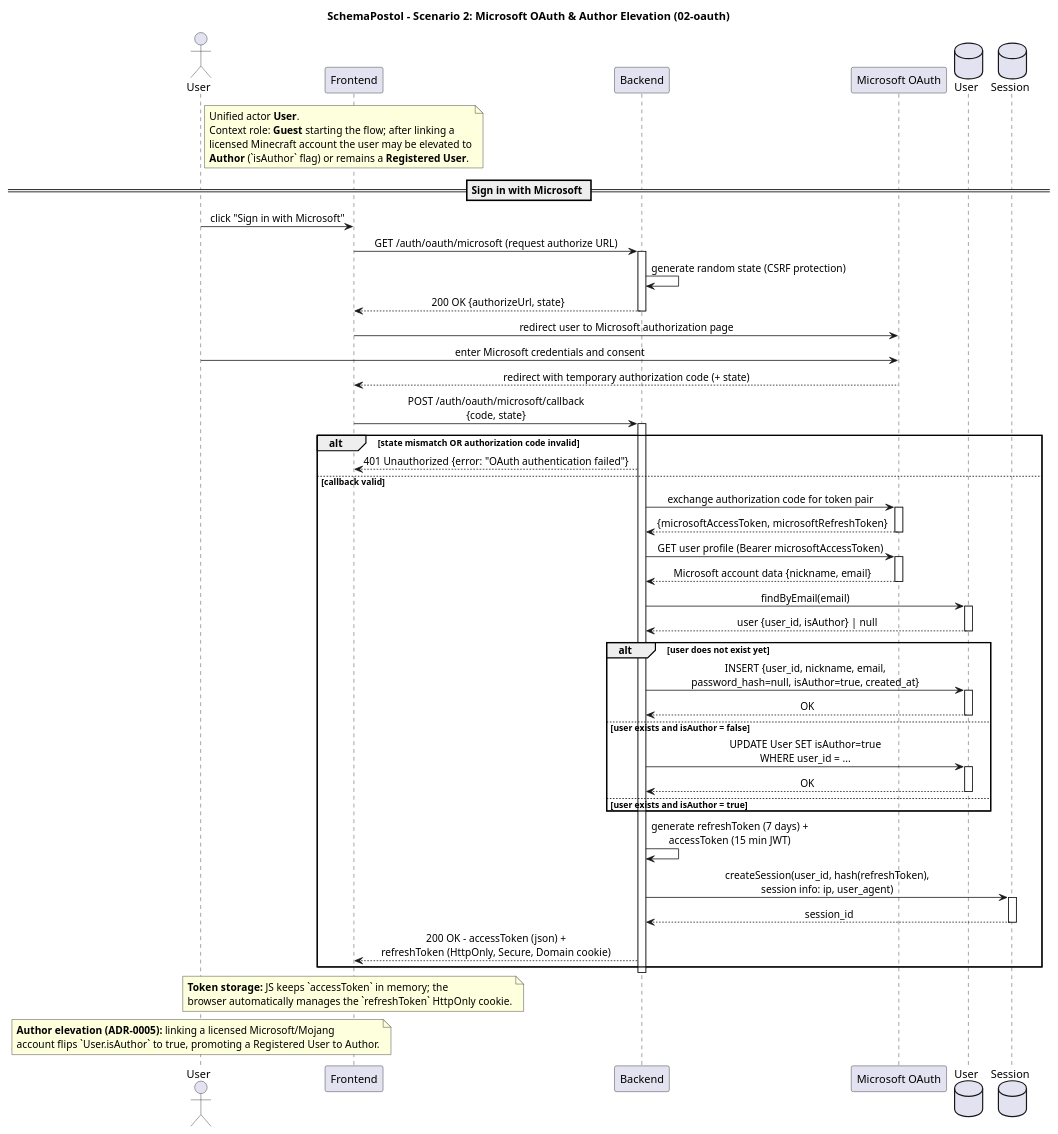
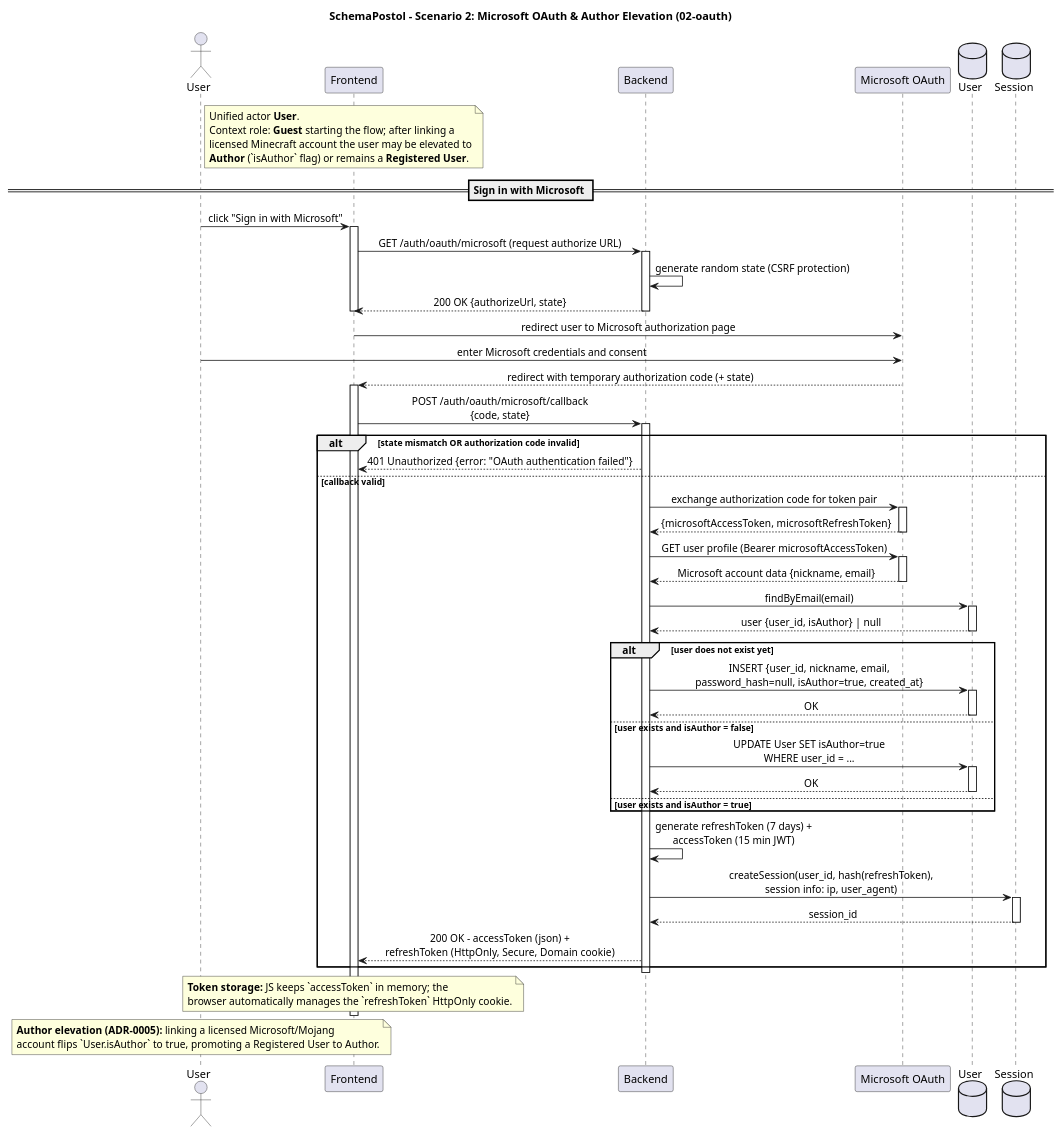
Before and after one commit to ApostolQleg/KPI2: the diagram in lab3/model/02-oauth.puml, drawn with PlantUML. The commit also changed 5 other files, not shown here.

```diff
--- a/lab3/model/02-oauth.puml
+++ b/lab3/model/02-oauth.puml
@@ -6,89 +6,93 @@
 @startuml
 title SchemaPostol - Scenario 2: Microsoft OAuth & Author Elevation (02-oauth)
 
 skinparam backgroundColor #FFFFFF
 skinparam shadowing false
 skinparam sequenceMessageAlign center
 skinparam responseMessageBelowArrow true
 
 ' ---------- Unified human actor + external system + DB entities ----------
 actor "User" as HumanUser
 participant "Frontend" as FE
 participant "Backend" as BE
 participant "Microsoft OAuth" as MS
 database "User" as UserEntity
 database "Session" as SessionEntity
 
 note right of HumanUser
   Unified actor **User**.
   Context role: **Guest** starting the flow; after linking a
   licensed Minecraft account the user may be elevated to
   **Author** (`isAuthor` flag) or remains a **Registered User**.
 end note
 
 '
 ' ================= OAUTH SESSION CREATION =================
 '
 == Sign in with Microsoft ==
 
 HumanUser -> FE : click "Sign in with Microsoft"
+activate FE
 FE -> BE : GET /auth/oauth/microsoft (request authorize URL)
 activate BE
 BE -> BE : generate random state (CSRF protection)
 BE --> FE : 200 OK {authorizeUrl, state}
 deactivate BE
+deactivate FE
 
 FE -> MS : redirect user to Microsoft authorization page
 HumanUser -> MS : enter Microsoft credentials and consent
 MS --> FE : redirect with temporary authorization code (+ state)
+activate FE
 FE -> BE : POST /auth/oauth/microsoft/callback\n{code, state}
 activate BE
 alt state mismatch OR authorization code invalid
   BE --> FE : 401 Unauthorized {error: "OAuth authentication failed"}
 else callback valid
   BE -> MS : exchange authorization code for token pair
   activate MS
   MS --> BE : {microsoftAccessToken, microsoftRefreshToken}
   deactivate MS
   BE -> MS : GET user profile (Bearer microsoftAccessToken)
   activate MS
   MS --> BE : Microsoft account data {nickname, email}
   deactivate MS
 
   ' ---- existence check + Author elevation via isAuthor ----
   BE -> UserEntity : findByEmail(email)
   activate UserEntity
   UserEntity --> BE : user {user_id, isAuthor} | null
   deactivate UserEntity
   alt user does not exist yet
     BE -> UserEntity : INSERT {user_id, nickname, email,\npassword_hash=null, isAuthor=true, created_at}
     activate UserEntity
     UserEntity --> BE : OK
     deactivate UserEntity
   else user exists and isAuthor = false
     BE -> UserEntity : UPDATE User SET isAuthor=true\nWHERE user_id = ...
     activate UserEntity
     UserEntity --> BE : OK
     deactivate UserEntity
   else user exists and isAuthor = true
     note right : already an Author - no change,\ncontinue the scenario
   end
 
   BE -> BE : generate refreshToken (7 days) +\naccessToken (15 min JWT)
   BE -> SessionEntity : createSession(user_id, hash(refreshToken),\nsession info: ip, user_agent)
   activate SessionEntity
   SessionEntity --> BE : session_id
   deactivate SessionEntity
   BE --> FE : 200 OK - accessToken (json) +\nrefreshToken (HttpOnly, Secure, Domain cookie)
 end
 deactivate BE
 note over FE
   **Token storage:** JS keeps `accessToken` in memory; the
   browser automatically manages the `refreshToken` HttpOnly cookie.
 end note
+deactivate FE
 note over HumanUser
   **Author elevation (ADR-0005):** linking a licensed Microsoft/Mojang
   account flips `User.isAuthor` to true, promoting a Registered User to Author.
 end note
 
 @enduml
```
